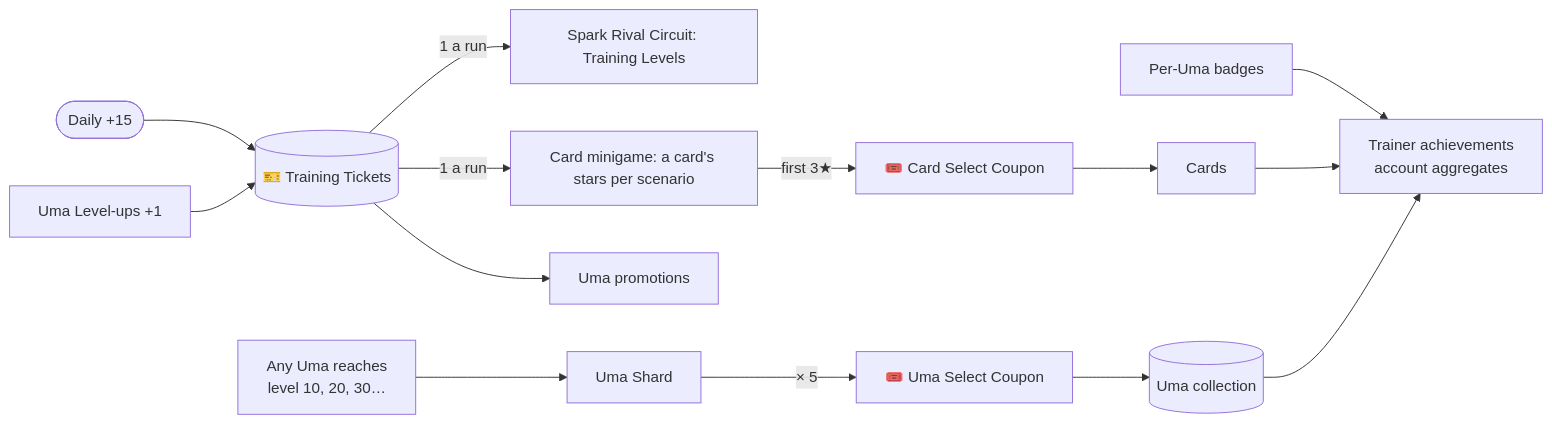
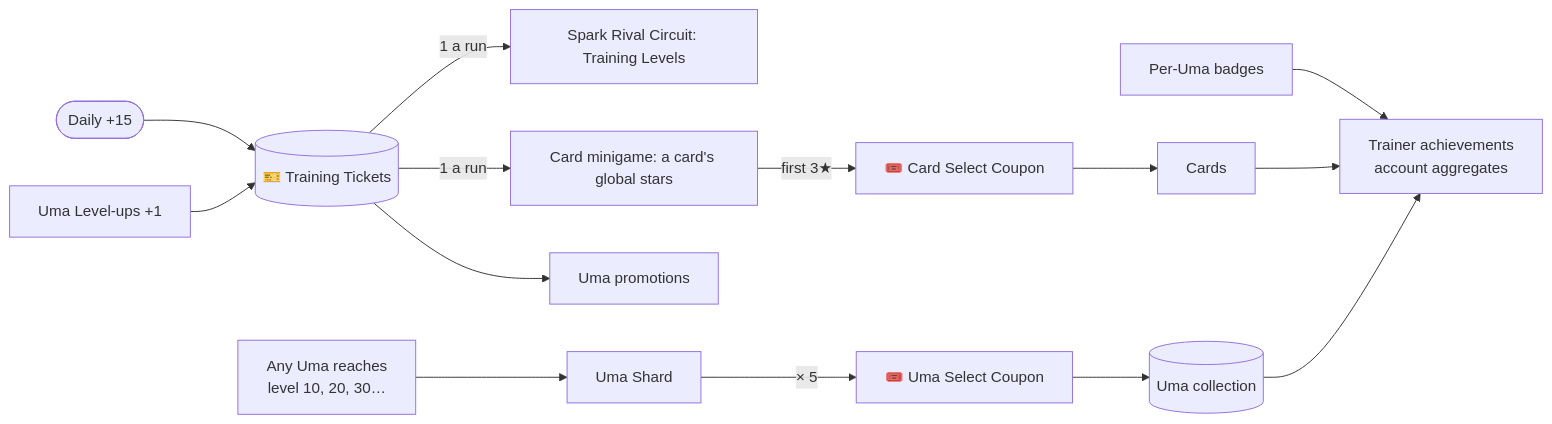
The second of 2 diagrams in docs/design/00-overview.md (luismlorenzana/uma-racer), drawn with Mermaid before and after one commit. The commit also changed other lines of this file and 58 other files, not shown here.

First line of the commit message:
feat(cards): share earned stars across all scenario presets

````diff
--- a/docs/design/00-overview.md
+++ b/docs/design/00-overview.md
@@ -42,16 +42,16 @@
 ```mermaid
 flowchart LR
     Daily([Daily +15]) --> Tickets[("🎫 Training Tickets")]
     UmaLv["Uma Level-ups +1"] --> Tickets
     Tickets -->|"1 a run"| Spark["Spark Rival Circuit: Training Levels"]
-    Tickets -->|"1 a run"| Bond["Card minigame: a card's stars per scenario"]
+    Tickets -->|"1 a run"| Bond["Card minigame: a card's global stars"]
     Bond -->|"first 3★"| CardCoupon["🎟️ Card Select Coupon"]
     CardCoupon --> Cards
     Tickets --> UmaPromo["Uma promotions"]
     Levels["Any Uma reaches<br/>level 10, 20, 30…"] --> Shards["Uma Shard"]
     Shards -->|"× 5"| UmaCoupon["🎟️ Uma Select Coupon"]
     UmaCoupon --> Umas[("Uma collection")]
     Badges["Per-Uma badges"] --> Trainer["Trainer achievements<br/>account aggregates"]
     Cards --> Trainer
     Umas --> Trainer
 ```
````
